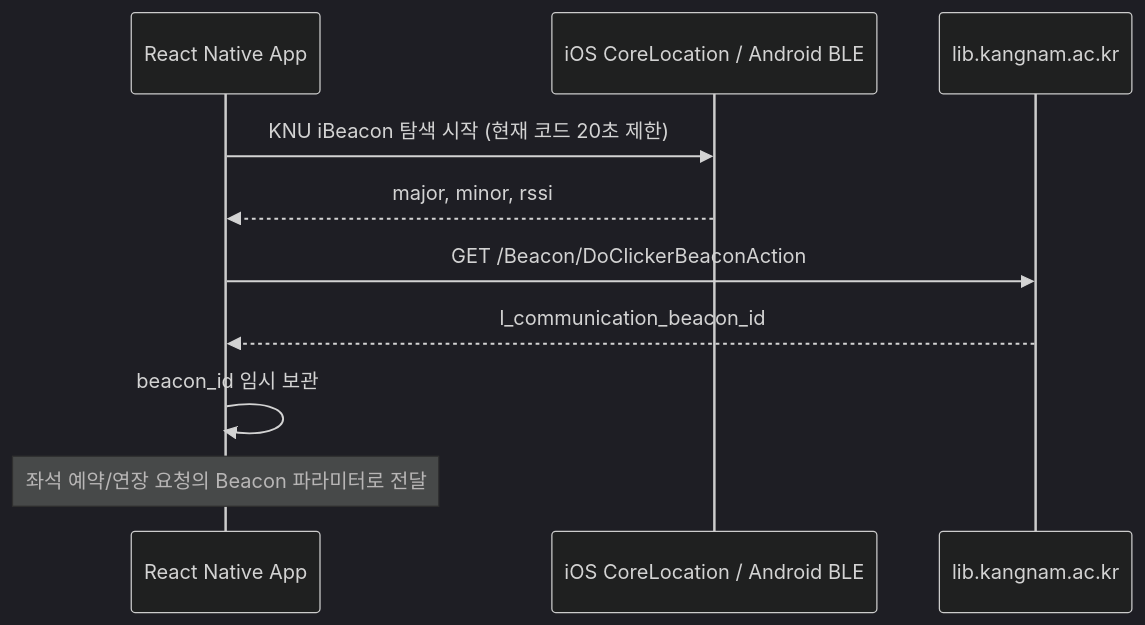
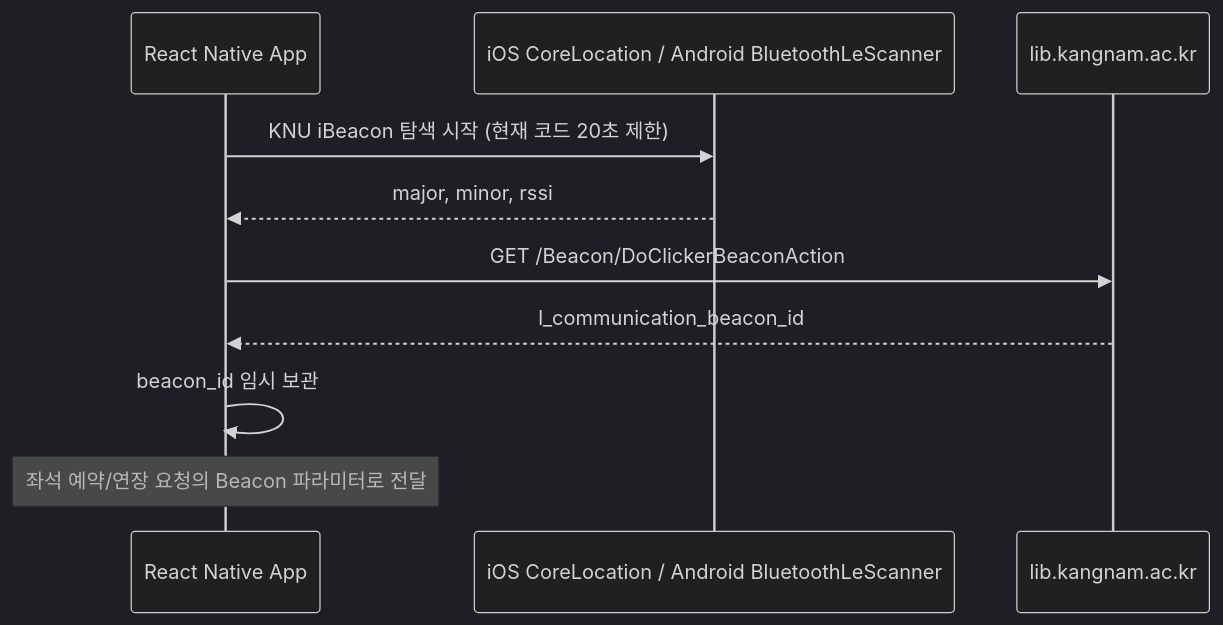
Before and after one commit to postmelee/knu_lib: the diagram in .agents/beacon_analysis.md, drawn with Mermaid (dark theme). The commit also changed other lines of this file and 28 other files, not shown here.

````diff
--- a/.agents/beacon_analysis.md
+++ b/.agents/beacon_analysis.md
@@ -7,13 +7,13 @@
 ```mermaid
 sequenceDiagram
     participant App as React Native App
-    participant Native as iOS CoreLocation / Android BLE
+    participant Native as iOS CoreLocation / Android BluetoothLeScanner
     participant Server as lib.kangnam.ac.kr
 
     App->>Native: KNU iBeacon 탐색 시작 (현재 코드 20초 제한)
     Native-->>App: major, minor, rssi
     App->>Server: GET /Beacon/DoClickerBeaconAction
     Server-->>App: l_communication_beacon_id
     App->>App: beacon_id 임시 보관
     Note over App: 좌석 예약/연장 요청의 Beacon 파라미터로 전달
 ```
````
